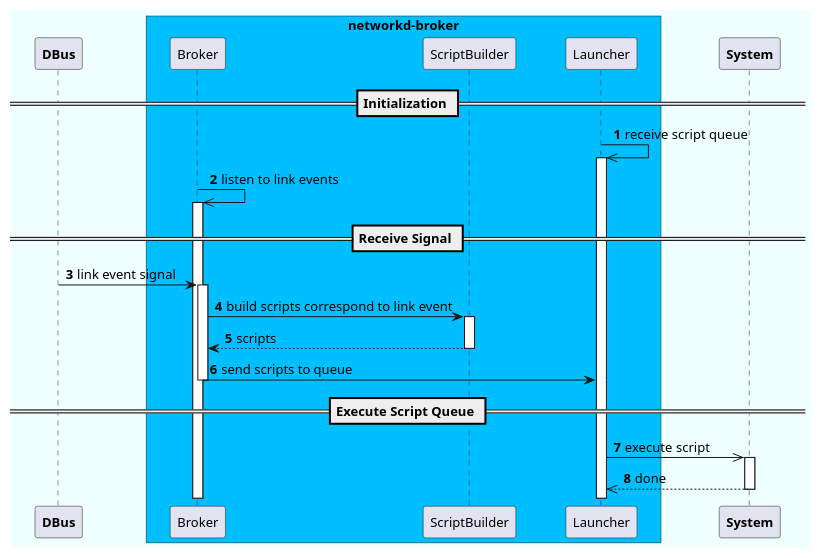
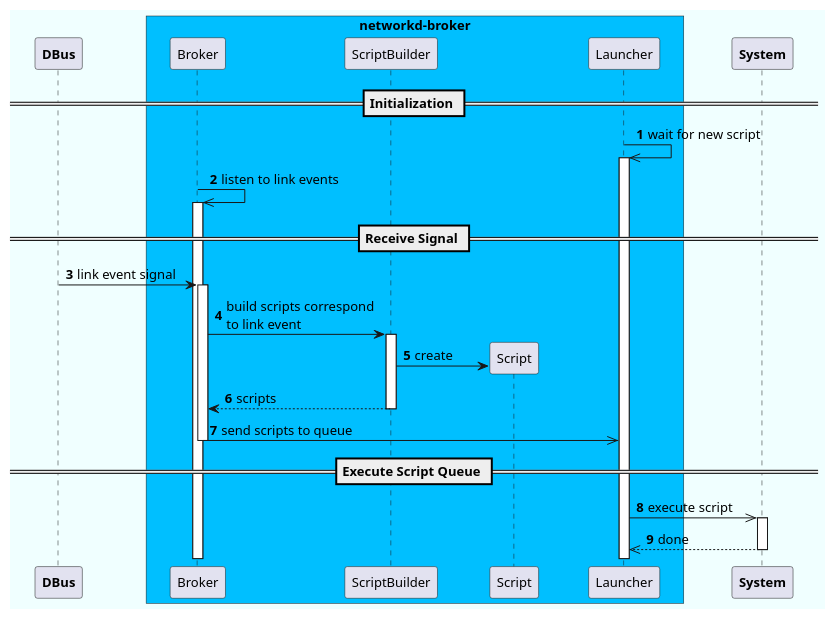
The diagram in docs/networkd-broker-seq.plantuml (bpetlert/networkd-broker), drawn with PlantUML before and after one commit. The commit also changed 1 other file, not shown here.

Commit message:
docs: Update sequence diagram

```diff
--- a/docs/networkd-broker-seq.plantuml
+++ b/docs/networkd-broker-seq.plantuml
@@ -1,37 +1,39 @@
 @startuml networkd-broker
 
 skinparam defaultFontName "Helvetica"
 skinparam defaultFontSize 13
 skinparam defaultFontColor black
 skinparam BackgroundColor Azure
 skinparam ParticipantPadding 20
 skinparam BoxPadding 10
 skinparam shadowing false
 
 participant "**DBus**" as DBus
 
 box "networkd-broker" #DeepSkyBlue
 participant Broker
 participant ScriptBuilder
+participant Script
 participant Launcher
 end box
 
 participant "**System**" as System
 
 autonumber
 
 == Initialization ==
-Launcher ->> Launcher ++ : receive script queue
+Launcher ->> Launcher ++ : wait for new script
 Broker ->> Broker ++ : listen to link events
 
 == Receive Signal ==
 DBus -> Broker ++ : link event signal
-Broker -> ScriptBuilder ++ : build scripts correspond to link event
+Broker -> ScriptBuilder ++ : build scripts correspond\nto link event
+ScriptBuilder -> Script ** : create
 return scripts
-Broker -> Launcher --: send scripts to queue
+Broker ->> Launcher --: send scripts to queue
 
 == Execute Script Queue ==
 Launcher ->> System ++ : execute script
 return done
 
 @enduml
```
